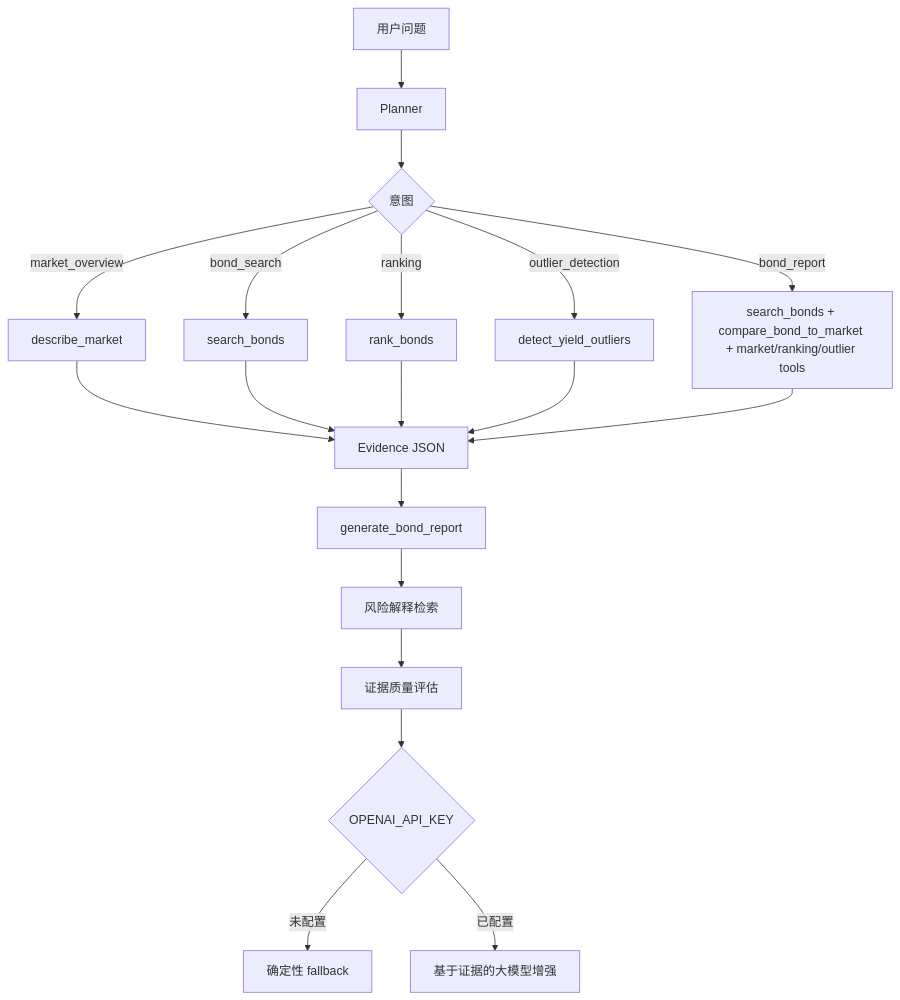
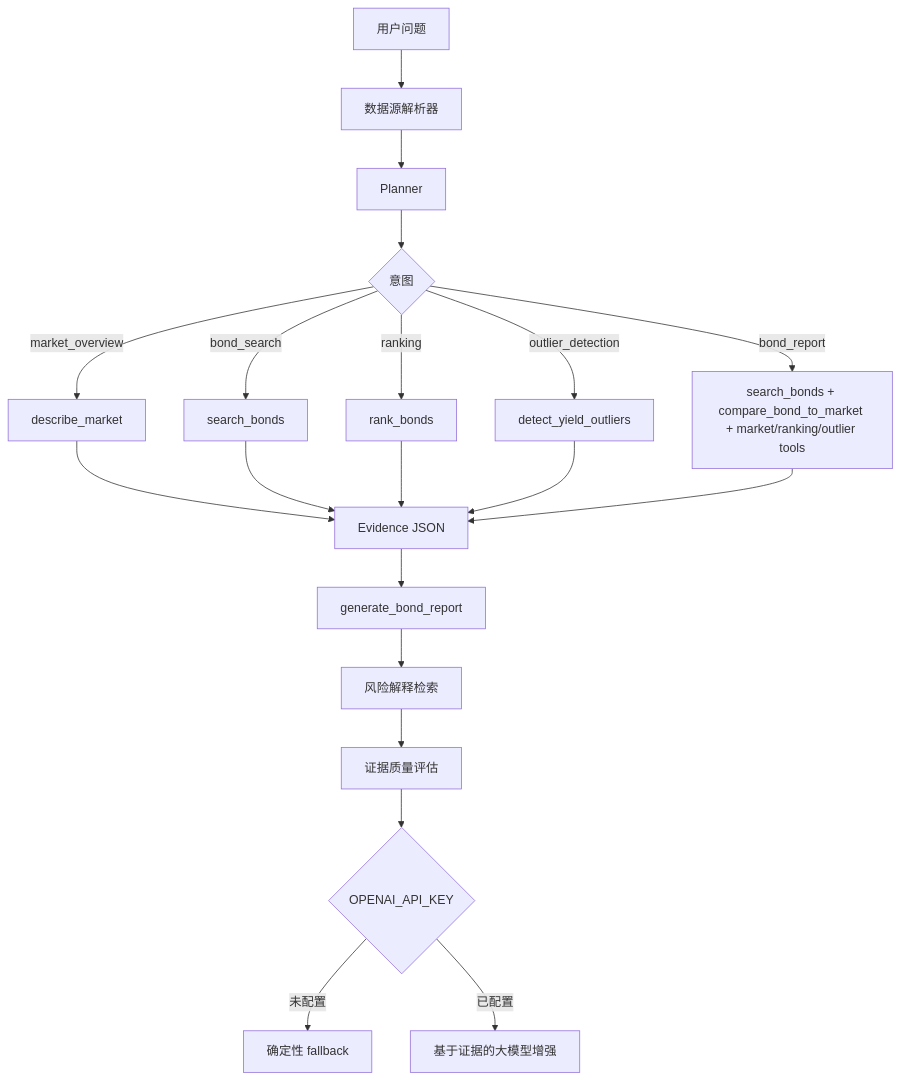
Before and after one commit to Phoenix0531-sudo/bondlens-ai: the diagram in README.zh-CN.md, drawn with Mermaid. The commit also changed other lines of this file and 18 other files, not shown here.

````diff
--- a/README.zh-CN.md
+++ b/README.zh-CN.md
@@ -63,21 +66,22 @@
 ```mermaid
 flowchart TD
-    A[用户问题] --> B[Planner]
-    B --> C{意图}
-    C -->|market_overview| D[describe_market]
-    C -->|bond_search| E[search_bonds]
-    C -->|ranking| F[rank_bonds]
-    C -->|outlier_detection| G[detect_yield_outliers]
-    C -->|bond_report| H[search_bonds + compare_bond_to_market + market/ranking/outlier tools]
-    D --> I[Evidence JSON]
-    E --> I
-    F --> I
-    G --> I
-    H --> I
-    I --> J[generate_bond_report]
-    J --> K[风险解释检索]
-    K --> L[证据质量评估]
-    L --> M{OPENAI_API_KEY}
-    M -->|未配置| N[确定性 fallback]
-    M -->|已配置| O[基于证据的大模型增强]
+    A[用户问题] --> B[数据源解析器]
+    B --> C[Planner]
+    C --> D{意图}
+    D -->|market_overview| E[describe_market]
+    D -->|bond_search| F[search_bonds]
+    D -->|ranking| G[rank_bonds]
+    D -->|outlier_detection| H[detect_yield_outliers]
+    D -->|bond_report| I[search_bonds + compare_bond_to_market + market/ranking/outlier tools]
+    E --> J[Evidence JSON]
+    F --> J
+    G --> J
+    H --> J
+    I --> J
+    J --> K[generate_bond_report]
+    K --> L[风险解释检索]
+    L --> M[证据质量评估]
+    M --> N{OPENAI_API_KEY}
+    N -->|未配置| O[确定性 fallback]
+    N -->|已配置| P[基于证据的大模型增强]
 ```
````
